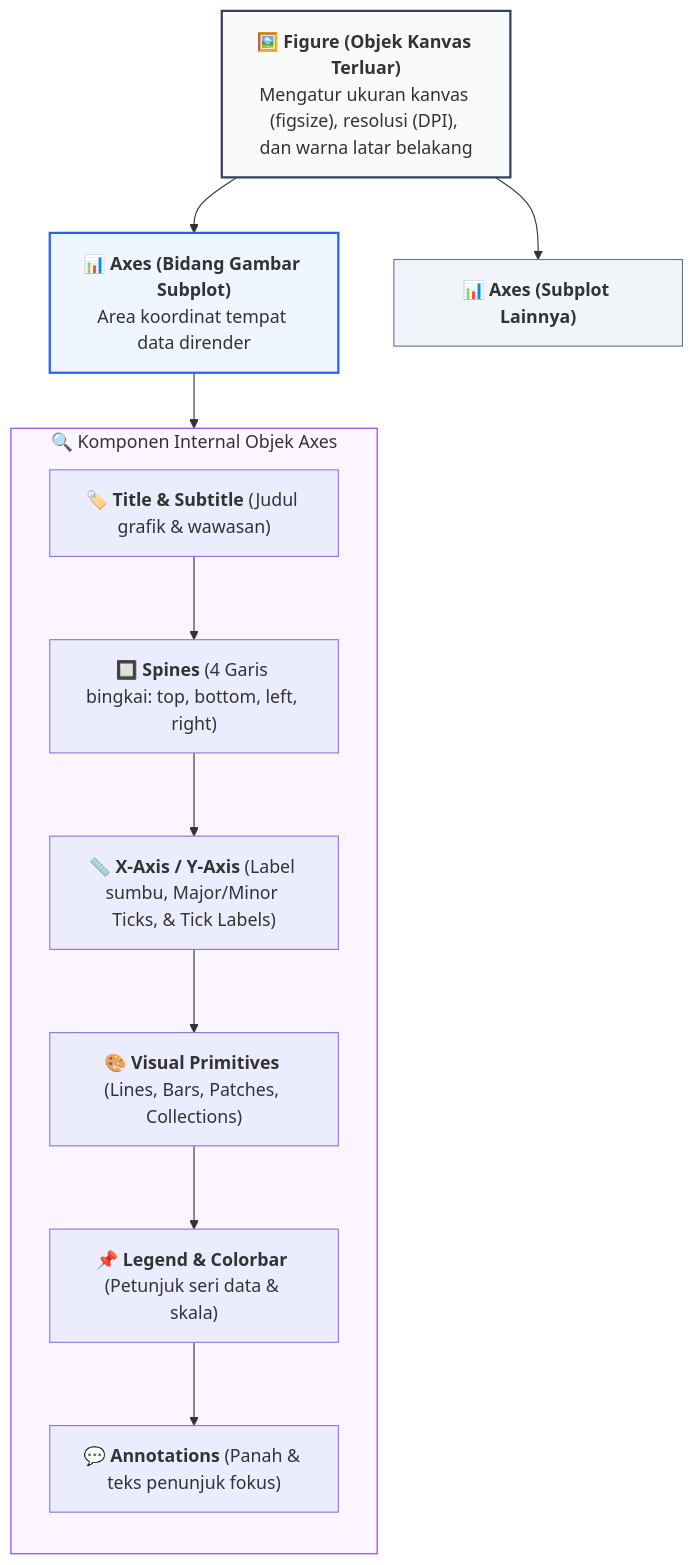
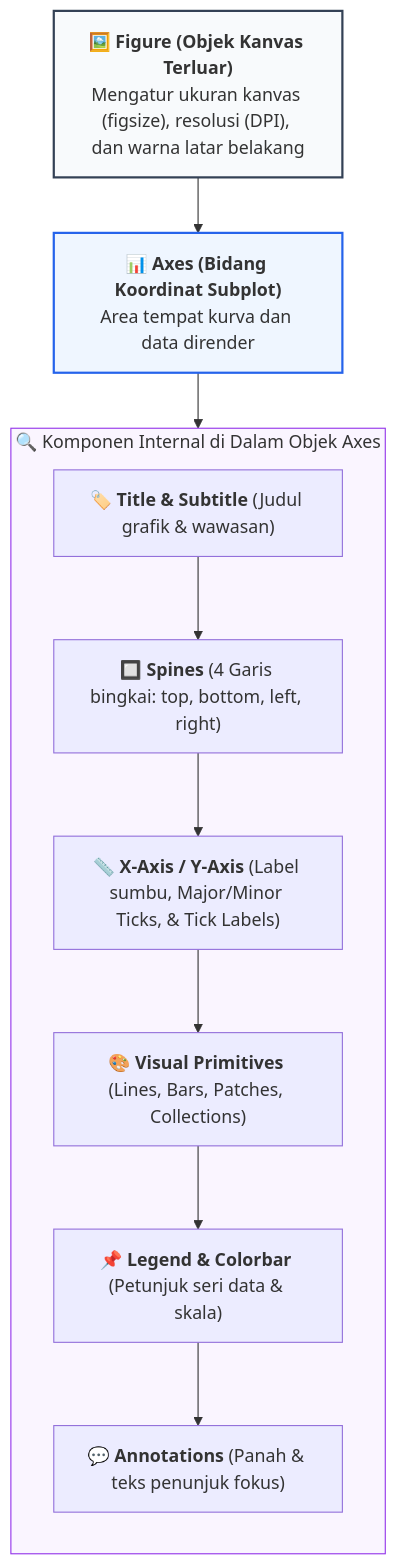
Before and after one commit to mahendaruui/Perkuliahan: the second of 3 diagrams in docs/visualisasi-data/05-matplotlib-fundamental.md, drawn with Mermaid. The commit also changed other lines of this file and 15 other files, not shown here.

Commit message:
refactor: update and standardize mermaid diagrams across all documentation modules

````diff
--- a/docs/visualisasi-data/05-matplotlib-fundamental.md
+++ b/docs/visualisasi-data/05-matplotlib-fundamental.md
@@ -39,25 +41,21 @@
 ```mermaid
 flowchart TD
     Figure["🖼️ <b>Figure (Objek Kanvas Terluar)</b><br>Mengatur ukuran kanvas (figsize), resolusi (DPI), dan warna latar belakang"]
-    
-    Figure --> Axes1["📊 <b>Axes (Bidang Gambar Subplot)</b><br>Area koordinat tempat data dirender"]
-    Figure --> Axes2["📊 <b>Axes (Subplot Lainnya)</b>"]
+    --> Axes["📊 <b>Axes (Bidang Koordinat Subplot)</b><br>Area tempat kurva dan data dirender"]
 
-    subgraph AnatomiAxes["🔍 Komponen Internal Objek Axes"]
+    subgraph AnatomiAxes["🔍 Komponen Internal di Dalam Objek Axes"]
         direction TB
         Title["🏷️ <b>Title & Subtitle</b> (Judul grafik & wawasan)"]
-        Spines["🔲 <b>Spines</b> (4 Garis bingkai: top, bottom, left, right)"]
-        XAxis["📏 <b>X-Axis / Y-Axis</b> (Label sumbu, Major/Minor Ticks, & Tick Labels)"]
-        DataMark["🎨 <b>Visual Primitives</b> (Lines, Bars, Patches, Collections)"]
-        Legend["📌 <b>Legend & Colorbar</b> (Petunjuk seri data & skala)"]
-        Annotation["💬 <b>Annotations</b> (Panah & teks penunjuk fokus)"]
+        --> Spines["🔲 <b>Spines</b> (4 Garis bingkai: top, bottom, left, right)"]
+        --> XAxis["📏 <b>X-Axis / Y-Axis</b> (Label sumbu, Major/Minor Ticks, & Tick Labels)"]
+        --> DataMark["🎨 <b>Visual Primitives</b> (Lines, Bars, Patches, Collections)"]
+        --> Legend["📌 <b>Legend & Colorbar</b> (Petunjuk seri data & skala)"]
+        --> Annotation["💬 <b>Annotations</b> (Panah & teks penunjuk fokus)"]
     end
 
-    Axes1 --> AnatomiAxes
-    Title --> Spines --> XAxis --> DataMark --> Legend --> Annotation
+    Axes --> AnatomiAxes
 
     style Figure fill:#f8fafc,stroke:#334155,stroke-width:2px
-    style Axes1 fill:#eff6ff,stroke:#2563eb,stroke-width:2px
-    style Axes2 fill:#f1f5f9,stroke:#64748b,stroke-width:1px
+    style Axes fill:#eff6ff,stroke:#2563eb,stroke-width:2px
     style AnatomiAxes fill:#faf5ff,stroke:#9333ea,stroke-width:1px
 ```
````
